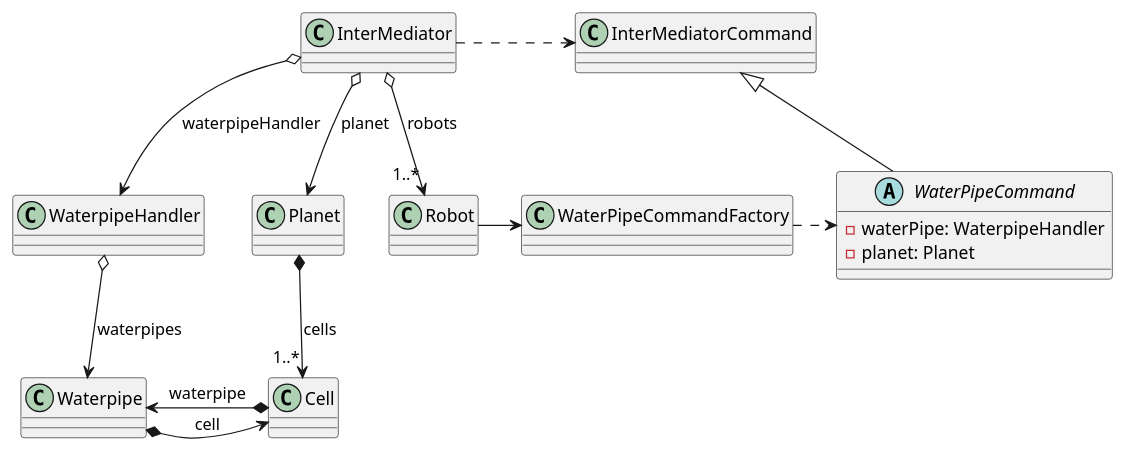
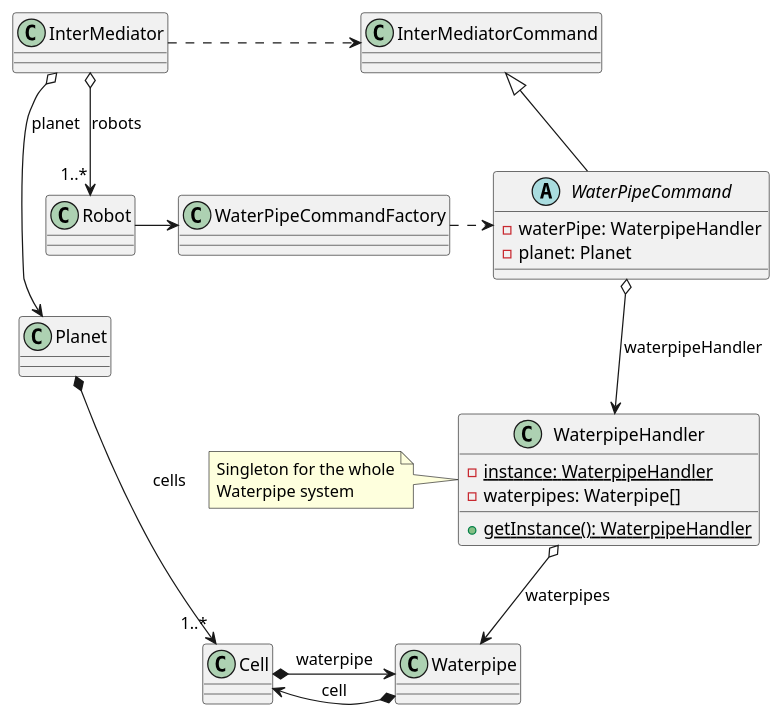
The diagram in uml/class diagram/model/waterpipes/Waterpipe handling.puml (LEBOCQTitouan/ia-ensicaen-colonisation), drawn with PlantUML before and after one commit.

Commit message:
Introducing Singleton to the modelisation for Waterpipe handling

```diff
--- a/uml/class diagram/model/waterpipes/Waterpipe handling.puml
+++ b/uml/class diagram/model/waterpipes/Waterpipe handling.puml
@@ -1,32 +1,42 @@
 @startuml
 'https://plantuml.com/class-diagram
 
 class InterMediator
 
 class Waterpipe
-class WaterpipeHandler
+class WaterpipeHandler {
+    {static} - instance: WaterpipeHandler
+    {static} + getInstance(): WaterpipeHandler
+    -waterpipes: Waterpipe[]
+}
+
+note left of WaterpipeHandler
+    Singleton for the whole
+    Waterpipe system
+end note
+
 abstract class WaterPipeCommand extends InterMediatorCommand {
     -waterPipe: WaterpipeHandler
     -planet: Planet
 }
 class WaterPipeCommandFactory
 
 class Robot
 class Planet
 class Cell
 
 Robot -> WaterPipeCommandFactory
 WaterPipeCommandFactory .> WaterPipeCommand
 InterMediator .> InterMediatorCommand
 
 InterMediator o--> "1..*" Robot : robots
 InterMediator o--> Planet : planet
-InterMediator o--> WaterpipeHandler : waterpipeHandler
+WaterPipeCommand o--> WaterpipeHandler : waterpipeHandler
 
 Planet *--> "1..*" Cell : cells
 Cell *-> Waterpipe : waterpipe
 Waterpipe *-> Cell : cell
 
 WaterpipeHandler o--> Waterpipe : waterpipes
 
 @enduml
```
